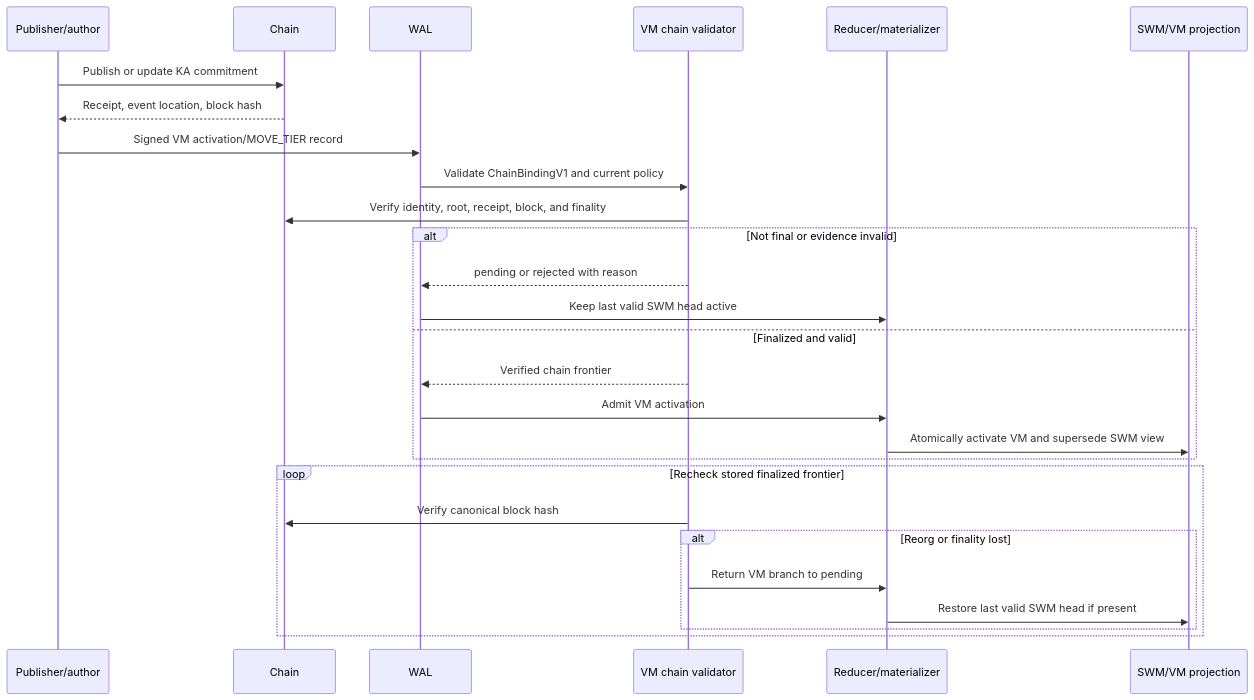
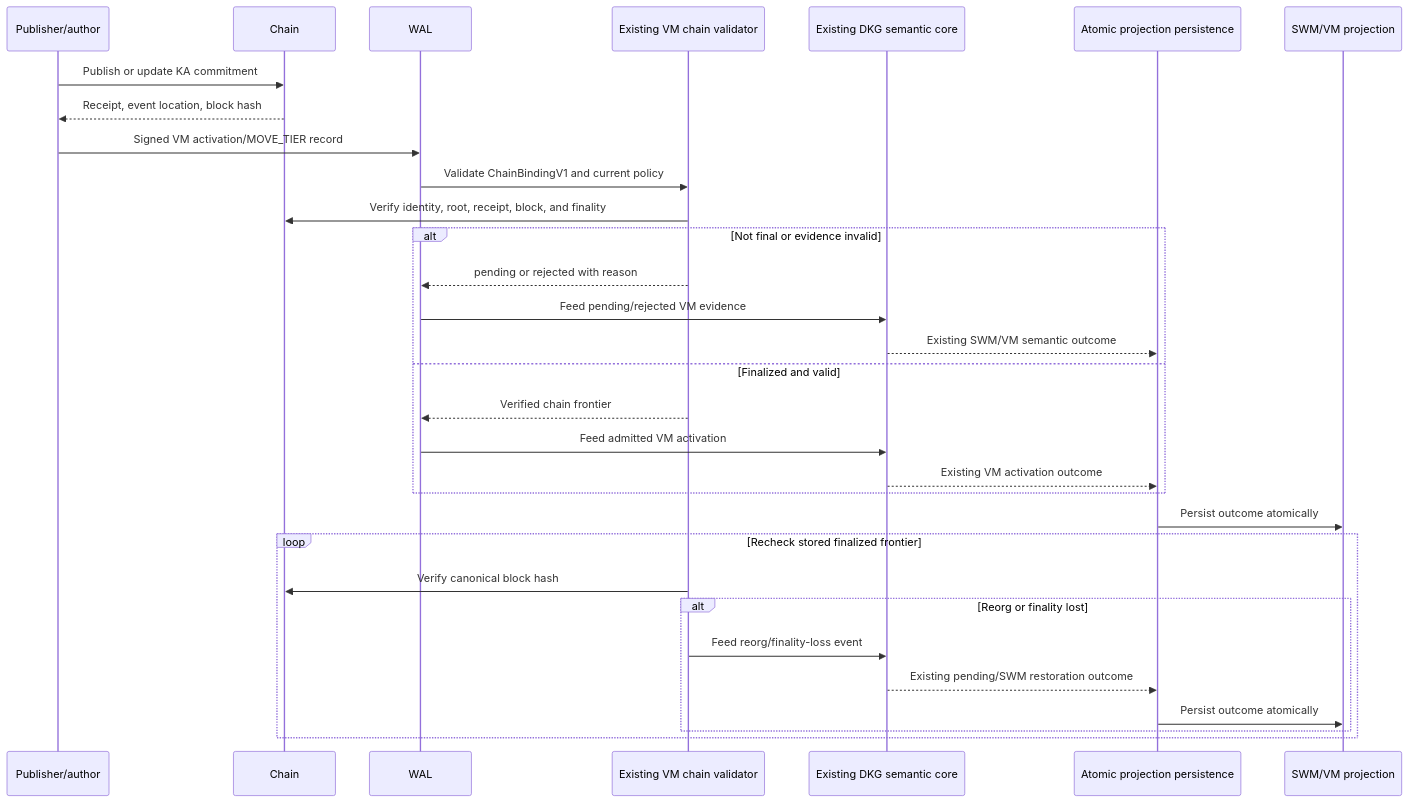
Before and after one commit to OriginTrail/dkg: the tenth of 12 diagrams in docs/active-now/wal-parallel-protocol-task-pack/OT-RFC-65-wal-byte-set-reconciliation-sync.md, drawn with Mermaid. The commit also changed other lines of this file and 32 other files, not shown here.

Commit message:
Enforce one shared DKG semantic core

````diff
--- a/docs/active-now/wal-parallel-protocol-task-pack/OT-RFC-65-wal-byte-set-reconciliation-sync.md
+++ b/docs/active-now/wal-parallel-protocol-task-pack/OT-RFC-65-wal-byte-set-reconciliation-sync.md
@@ -1845,30 +1928,34 @@
 ```mermaid
 sequenceDiagram
     participant P as Publisher/author
     participant C as Chain
     participant W as WAL
-    participant V as VM chain validator
-    participant R as Reducer/materializer
+    participant V as Existing VM chain validator
+    participant S as Existing DKG semantic core
+    participant M as Atomic projection persistence
     participant G as SWM/VM projection
 
     P->>C: Publish or update KA commitment
     C-->>P: Receipt, event location, block hash
     P->>W: Signed VM activation/MOVE_TIER record
     W->>V: Validate ChainBindingV1 and current policy
     V->>C: Verify identity, root, receipt, block, and finality
     alt Not final or evidence invalid
         V-->>W: pending or rejected with reason
-        W->>R: Keep last valid SWM head active
+        W->>S: Feed pending/rejected VM evidence
+        S-->>M: Existing SWM/VM semantic outcome
     else Finalized and valid
         V-->>W: Verified chain frontier
-        W->>R: Admit VM activation
-        R->>G: Atomically activate VM and supersede SWM view
+        W->>S: Feed admitted VM activation
+        S-->>M: Existing VM activation outcome
     end
+    M->>G: Persist outcome atomically
     loop Recheck stored finalized frontier
         V->>C: Verify canonical block hash
         alt Reorg or finality lost
-            V->>R: Return VM branch to pending
-            R->>G: Restore last valid SWM head if present
+            V->>S: Feed reorg/finality-loss event
+            S-->>M: Existing pending/SWM restoration outcome
+            M->>G: Persist outcome atomically
         end
     end
 ```
````
